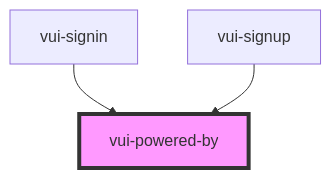
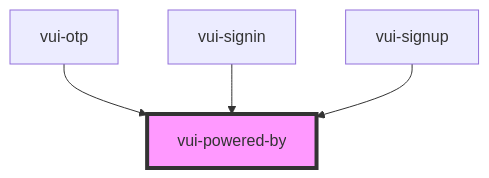
One commit to verite-team/verite-elements changed the diagram in packages/stencil-library/src/components/powered-by/readme.md. Above: the diagram before and after it, drawn with Mermaid. The commit also changed other lines of this file and 25 other files, not shown here.

````diff
--- a/packages/stencil-library/src/components/powered-by/readme.md
+++ b/packages/stencil-library/src/components/powered-by/readme.md
@@ -29,6 +30,7 @@
 ```mermaid
 graph TD;
+  vui-otp --> vui-powered-by
   vui-signin --> vui-powered-by
   vui-signup --> vui-powered-by
   style vui-powered-by fill:#f9f,stroke:#333,stroke-width:4px
 ```
````
